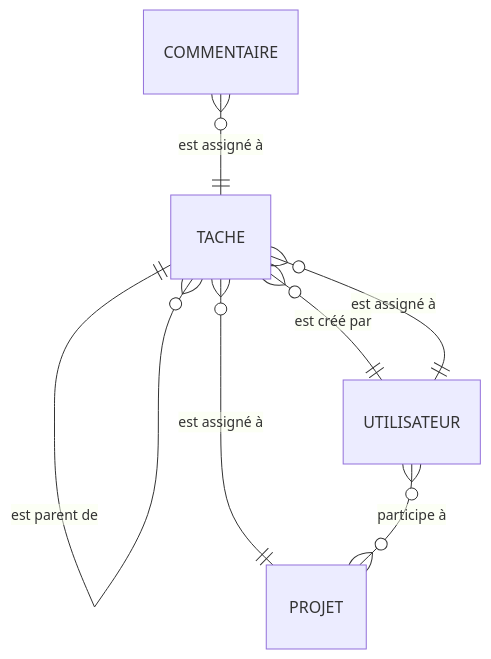
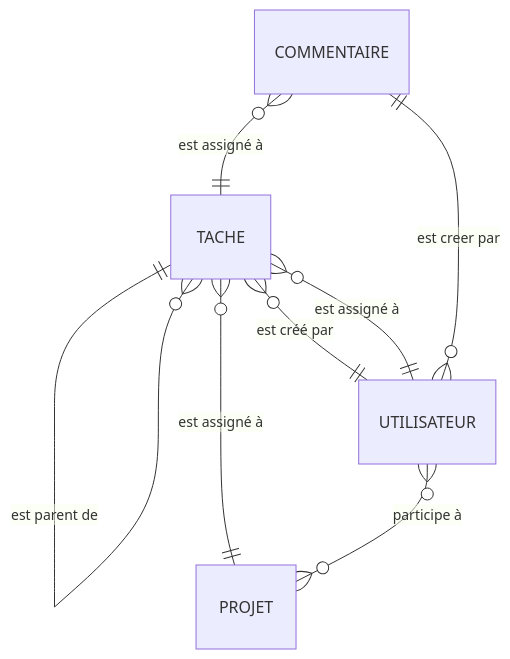
Before and after one commit to Ikanaa/TaskMaster: the first of 2 diagrams in bdd_mcd.md, drawn with Mermaid. The commit also changed other lines of this file, not shown here.

````diff
--- a/bdd_mcd.md
+++ b/bdd_mcd.md
@@ -10,9 +14,10 @@
 ```mermaid
 erDiagram
     TACHE ||--o{ TACHE : "est parent de"
     TACHE }o--|| PROJET : "est assigné à"
     TACHE }o--|| UTILISATEUR : "est créé par"
     TACHE }o--|| UTILISATEUR : "est assigné à"
     UTILISATEUR }o--o{ PROJET : "participe à"
     COMMENTAIRE }o--|| TACHE : "est assigné à"
+    COMMENTAIRE ||--o{ UTILISATEUR : "est creer par"
 ```
````
